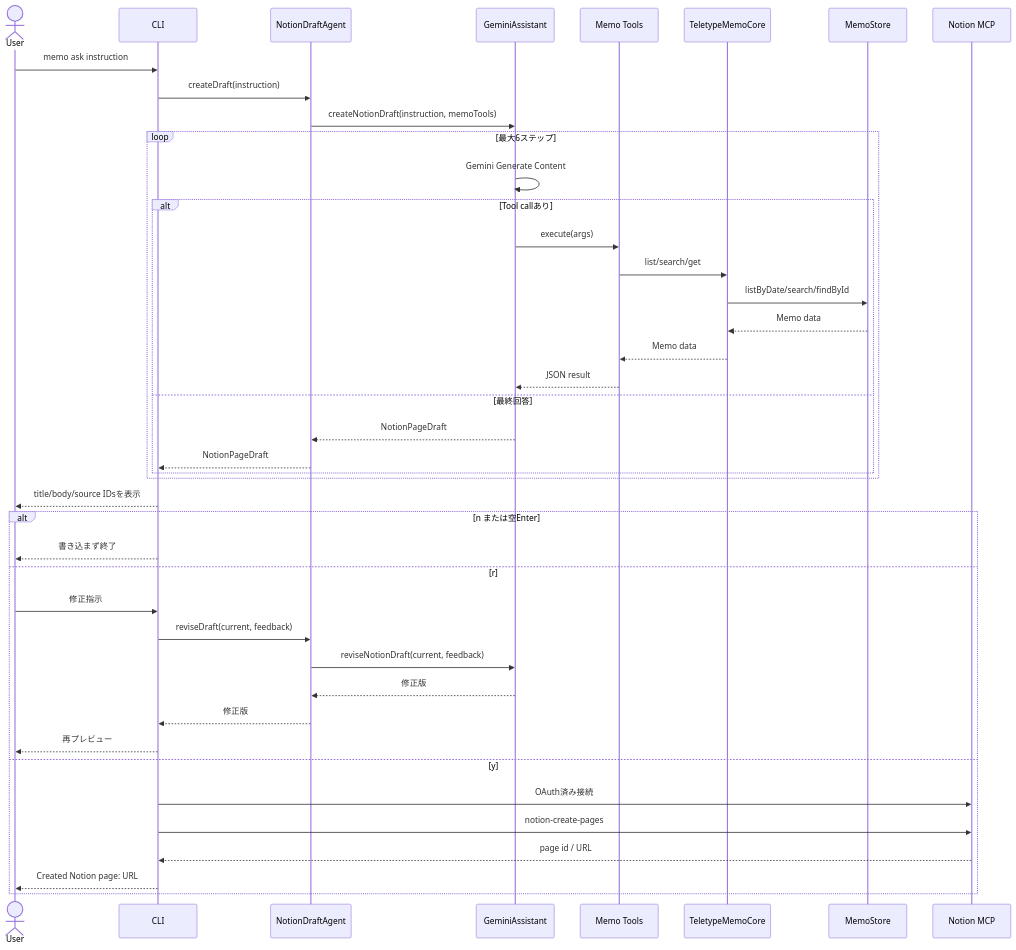
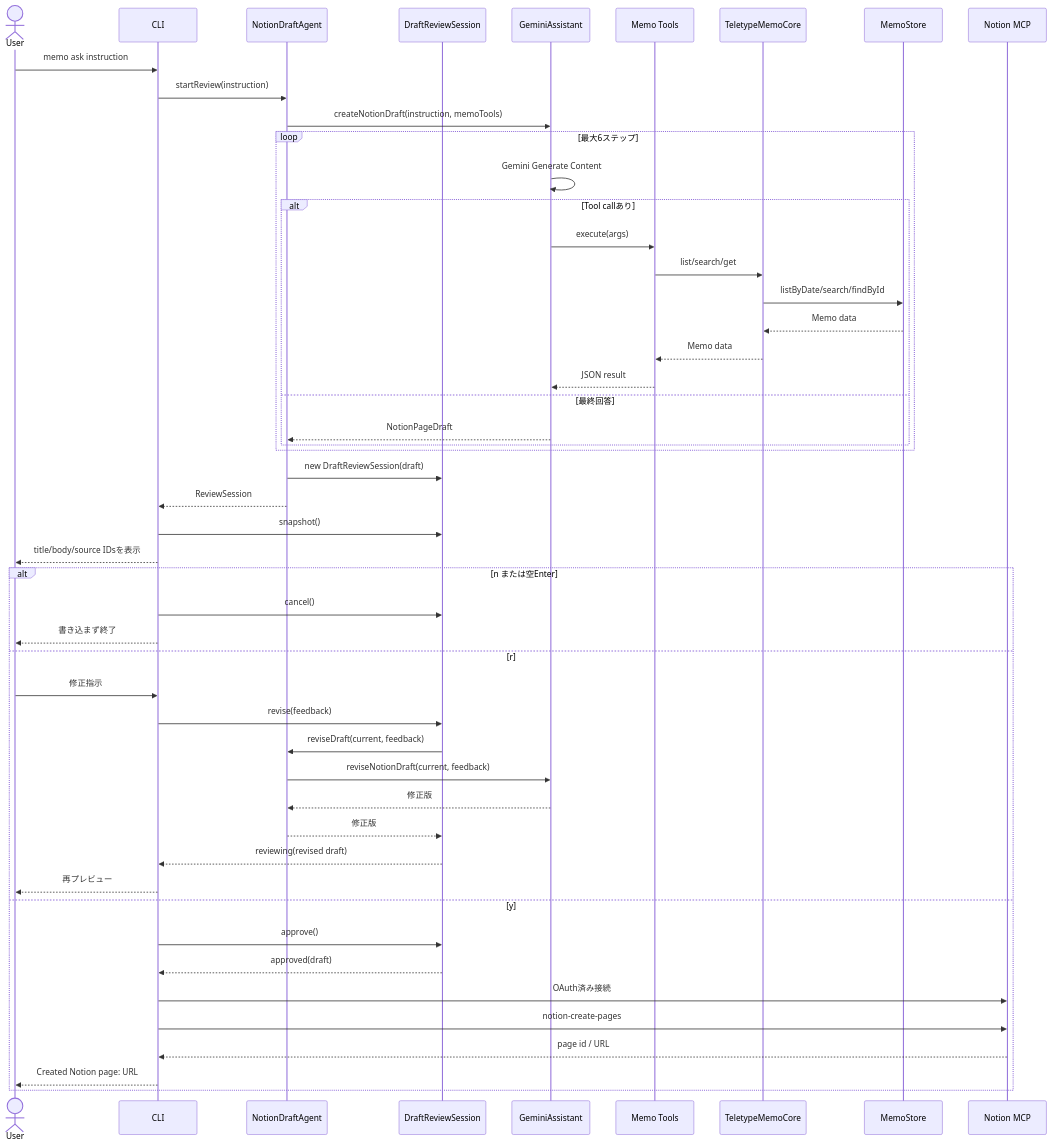
The third of 4 diagrams in docs/DETAILED_DESIGN.md (hk206/terminal-ai-memo), drawn with Mermaid before and after one commit. The commit also changed other lines of this file and 7 other files, not shown here.

Commit message:
refactor: extract draft review state

````diff
--- a/docs/DETAILED_DESIGN.md
+++ b/docs/DETAILED_DESIGN.md
@@ -239,45 +244,53 @@
 ```mermaid
 sequenceDiagram
     actor U as User
     participant C as CLI
     participant A as NotionDraftAgent
+    participant R as DraftReviewSession
     participant G as GeminiAssistant
     participant T as Memo Tools
     participant Core as TeletypeMemoCore
     participant S as MemoStore
     participant M as Notion MCP
 
     U->>C: memo ask instruction
-    C->>A: createDraft(instruction)
+    C->>A: startReview(instruction)
     A->>G: createNotionDraft(instruction, memoTools)
     loop 最大6ステップ
         G->>G: Gemini Generate Content
         alt Tool callあり
             G->>T: execute(args)
             T->>Core: list/search/get
             Core->>S: listByDate/search/findById
             S-->>Core: Memo data
             Core-->>T: Memo data
             T-->>G: JSON result
         else 最終回答
             G-->>A: NotionPageDraft
-            A-->>C: NotionPageDraft
         end
     end
+    A->>R: new DraftReviewSession(draft)
+    A-->>C: ReviewSession
+    C->>R: snapshot()
     C-->>U: title/body/source IDsを表示
     alt n または空Enter
+        C->>R: cancel()
         C-->>U: 書き込まず終了
     else r
         U->>C: 修正指示
-        C->>A: reviseDraft(current, feedback)
+        C->>R: revise(feedback)
+        R->>A: reviseDraft(current, feedback)
         A->>G: reviseNotionDraft(current, feedback)
         G-->>A: 修正版
-        A-->>C: 修正版
+        A-->>R: 修正版
+        R-->>C: reviewing(revised draft)
         C-->>U: 再プレビュー
     else y
+        C->>R: approve()
+        R-->>C: approved(draft)
         C->>M: OAuth済み接続
         C->>M: notion-create-pages
         M-->>C: page id / URL
         C-->>U: Created Notion page: URL
     end
 ```
````
